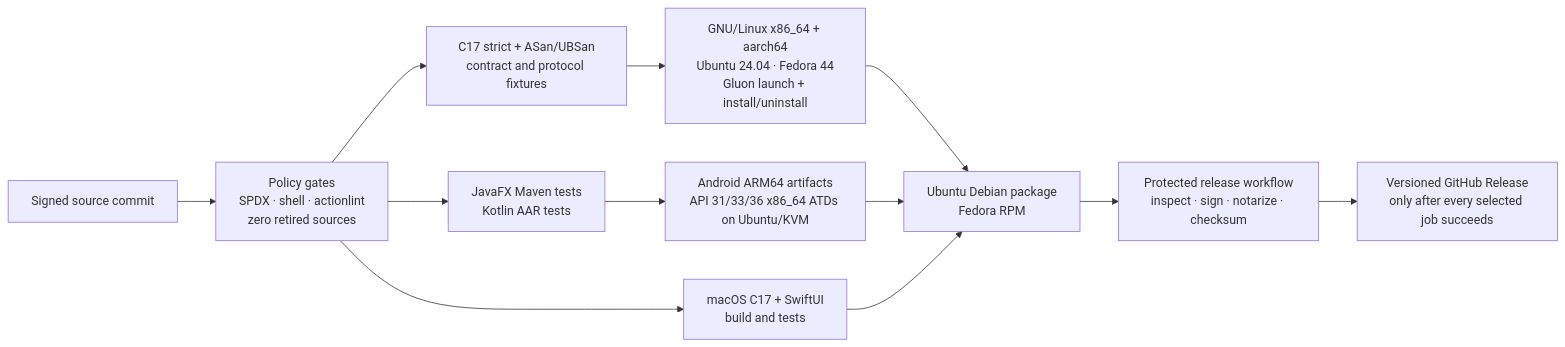
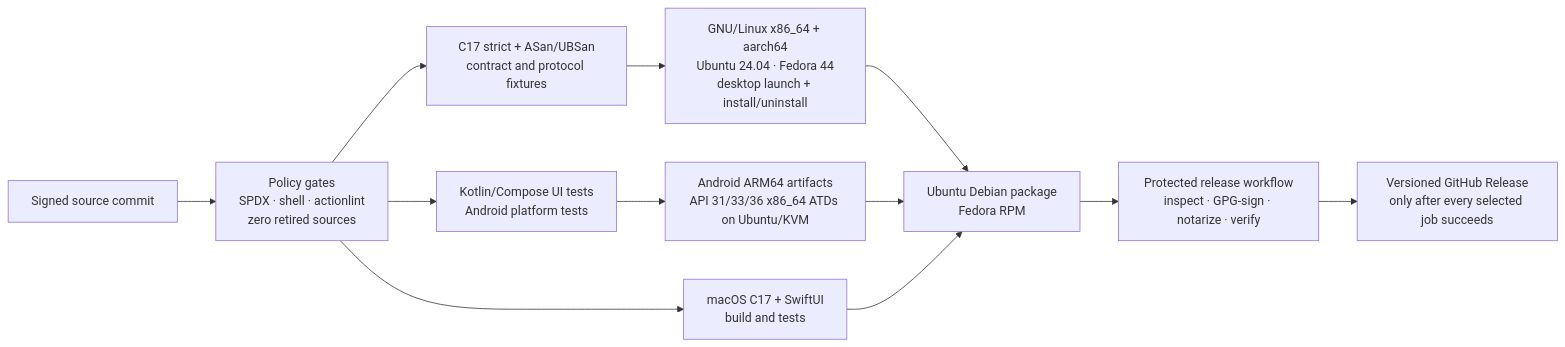
One commit to JohnThre/clambhook changed the third of 4 diagrams in README.md. Above: the diagram before and after it, drawn with Mermaid. The commit also changed other lines of this file and 19 other files, not shown here.

First line of the commit message:
docs: document Kotlin UI, Ubuntu/Fedora-only Linux, and signed installers

````diff
--- a/README.md
+++ b/README.md
@@ -209,14 +198,14 @@
 ```mermaid
 flowchart LR
     source["Signed source commit"] --> policy["Policy gates<br/>SPDX · shell · actionlint<br/>zero retired sources"]
     policy --> ctest["C17 strict + ASan/UBSan<br/>contract and protocol fixtures"]
-    policy --> jvm["JavaFX Maven tests<br/>Kotlin AAR tests"]
+    policy --> jvm["Kotlin/Compose UI tests<br/>Android platform tests"]
     policy --> apple["macOS C17 + SwiftUI<br/>build and tests"]
-    ctest --> linux["GNU/Linux x86_64 + aarch64<br/>Ubuntu 24.04 · Fedora 44<br/>Gluon launch + install/uninstall"]
+    ctest --> linux["GNU/Linux x86_64 + aarch64<br/>Ubuntu 24.04 · Fedora 44<br/>desktop launch + install/uninstall"]
     jvm --> android["Android ARM64 artifacts<br/>API 31/33/36 x86_64 ATDs on Ubuntu/KVM"]
     linux --> packages["Ubuntu Debian package<br/>Fedora RPM"]
     android --> packages
     apple --> packages
-    packages --> protected["Protected release workflow<br/>inspect · sign · notarize · checksum"]
+    packages --> protected["Protected release workflow<br/>inspect · GPG-sign · notarize · verify"]
     protected --> releases["Versioned GitHub Release<br/>only after every selected job succeeds"]
 ```
````
